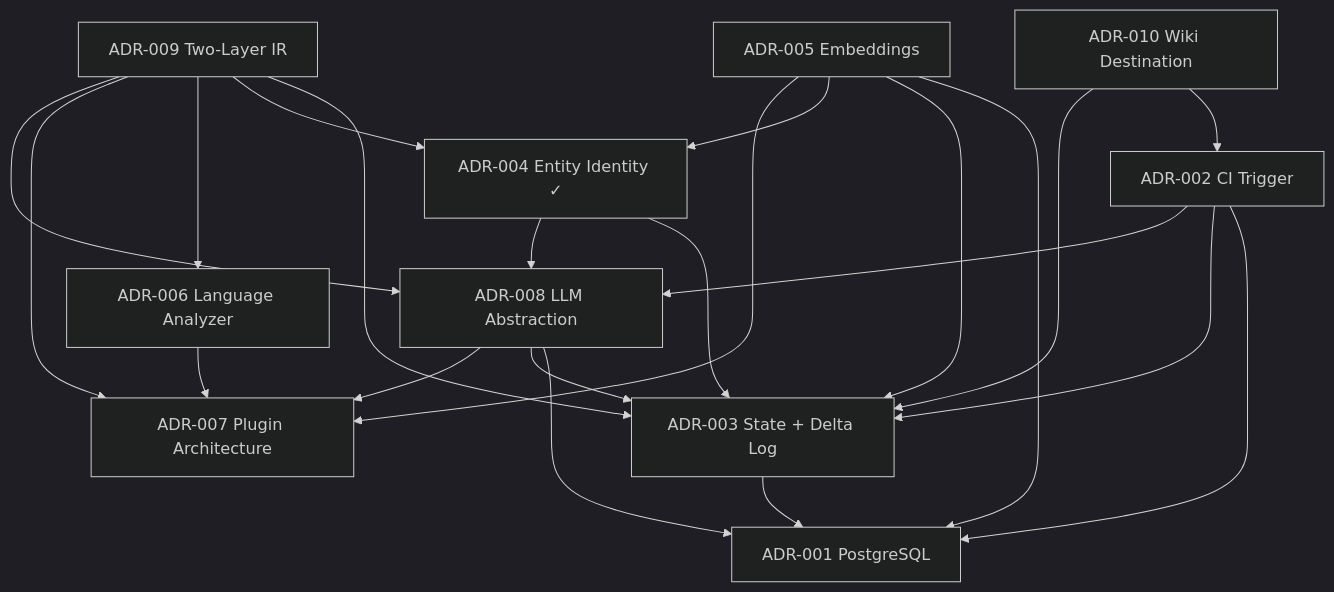
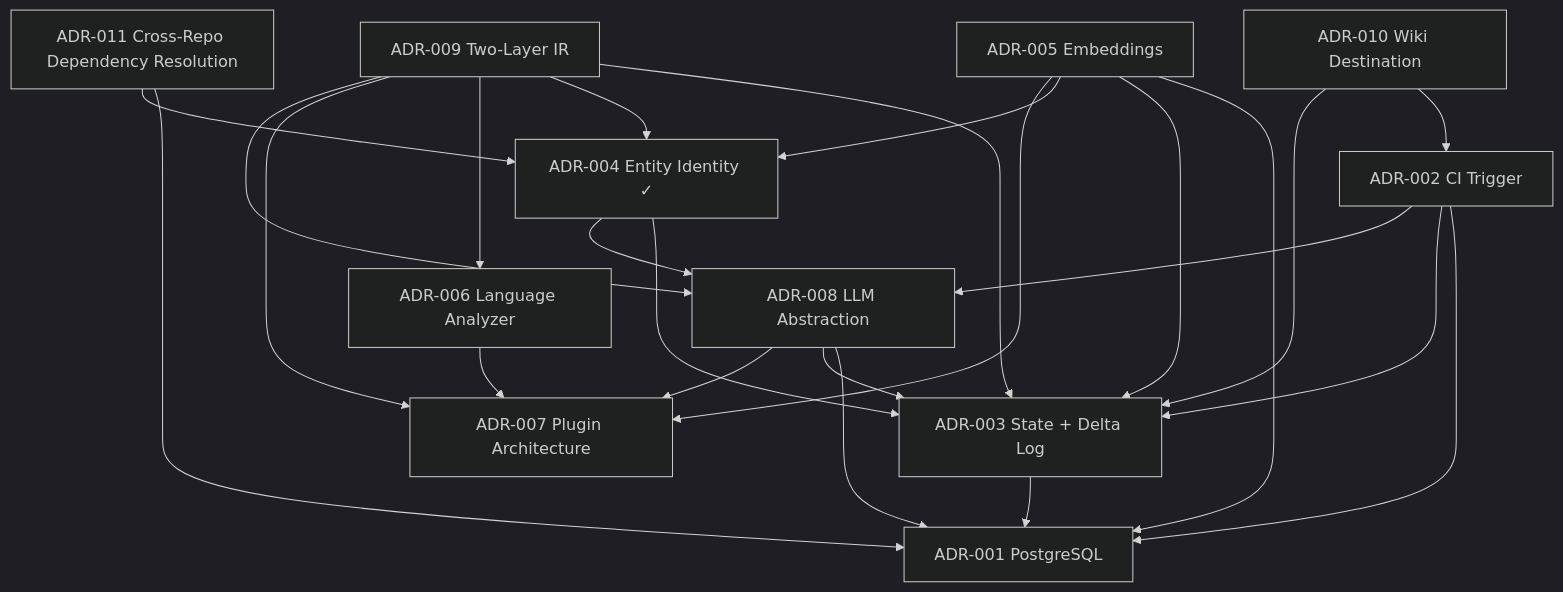
One commit to kushal-omnius/open-knowledge-compiler changed the diagram in docs/decisions/index.md. Above: the diagram before and after it, drawn with Mermaid (dark theme). The commit also changed other lines of this file and 3 other files, not shown here.

First line of the commit message:
Record cross-repo dependency resolution as ADR-011

````diff
--- a/docs/decisions/index.md
+++ b/docs/decisions/index.md
@@ -91,24 +99,26 @@
 ```mermaid
 graph TD
     ADR002["ADR-002 CI Trigger"] --> ADR001["ADR-001 PostgreSQL"]
     ADR002 --> ADR003["ADR-003 State + Delta Log"]
     ADR002 --> ADR008["ADR-008 LLM Abstraction"]
     ADR003 --> ADR001
     ADR004["ADR-004 Entity Identity ✓"] --> ADR003
     ADR004 --> ADR008
     ADR005["ADR-005 Embeddings"] --> ADR001
     ADR005 --> ADR003
     ADR005 --> ADR004
     ADR005 --> ADR007["ADR-007 Plugin Architecture"]
     ADR006["ADR-006 Language Analyzer"] --> ADR007
     ADR008 --> ADR001
     ADR008 --> ADR003
     ADR008 --> ADR007
     ADR009["ADR-009 Two-Layer IR"] --> ADR003
     ADR009 --> ADR004
     ADR009 --> ADR006
     ADR009 --> ADR007
     ADR009 --> ADR008
     ADR010["ADR-010 Wiki Destination"] --> ADR002
     ADR010 --> ADR003
+    ADR011["ADR-011 Cross-Repo Dependency Resolution"] --> ADR001
+    ADR011 --> ADR004
 ```
````
